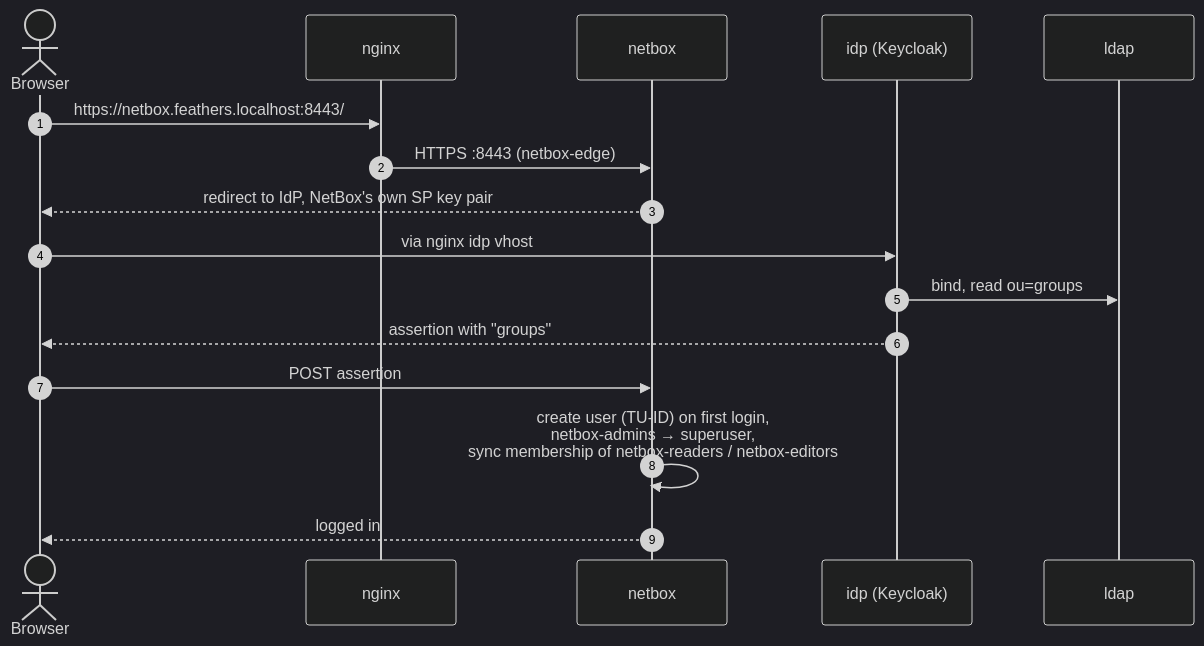
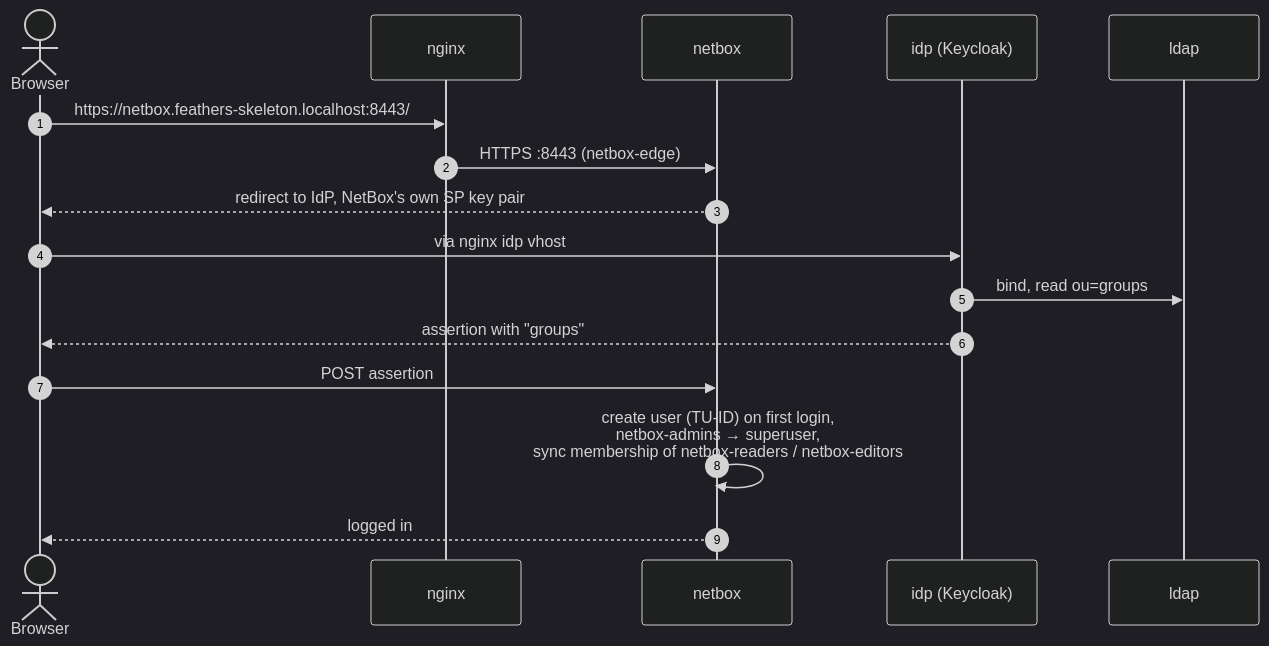
Before and after one commit to rabalyn/feathers-skeleton-stack: the second of 3 diagrams in docs/adr_v2/diagrams/netbox.md, drawn with Mermaid (dark theme). The commit also changed 23 other files, not shown here.

First line of the commit message:
feat(stack): name the skeleton's project feathers-skeleton (ADR 0035)

````diff
--- a/docs/adr_v2/diagrams/netbox.md
+++ b/docs/adr_v2/diagrams/netbox.md
@@ -29,19 +29,19 @@
 ```mermaid
 sequenceDiagram
   autonumber
   actor b as Browser
   participant ngx as nginx
   participant nb as netbox
   participant idp as idp (Keycloak)
   participant ldap
 
-  b->>ngx: https://netbox.feathers.localhost:8443/
+  b->>ngx: https://netbox.feathers-skeleton.localhost:8443/
   ngx->>nb: HTTPS :8443 (netbox-edge)
   nb-->>b: redirect to IdP, NetBox's own SP key pair
   b->>idp: via nginx idp vhost
   idp->>ldap: bind, read ou=groups
   idp-->>b: assertion with "groups"
   b->>nb: POST assertion
   nb->>nb: create user (TU-ID) on first login,<br>netbox-admins → superuser,<br>sync membership of netbox-readers / netbox-editors
   nb-->>b: logged in
 ```
````
